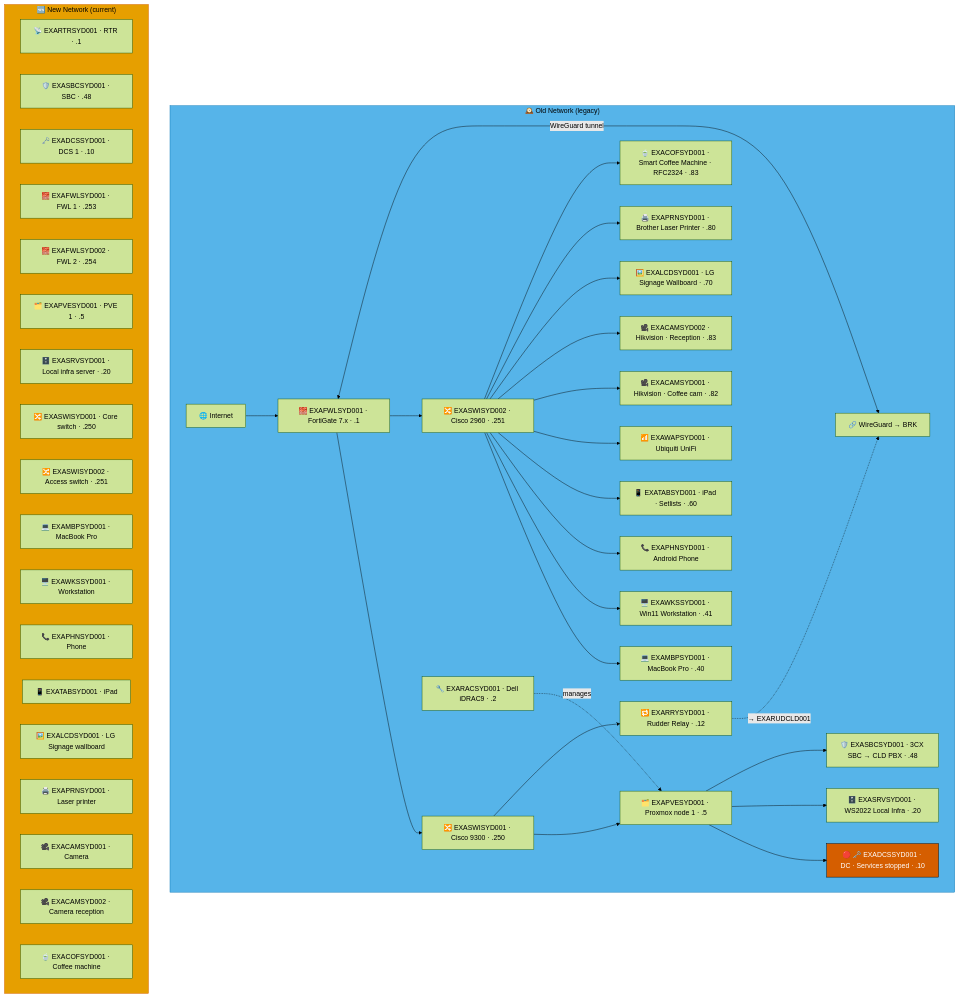
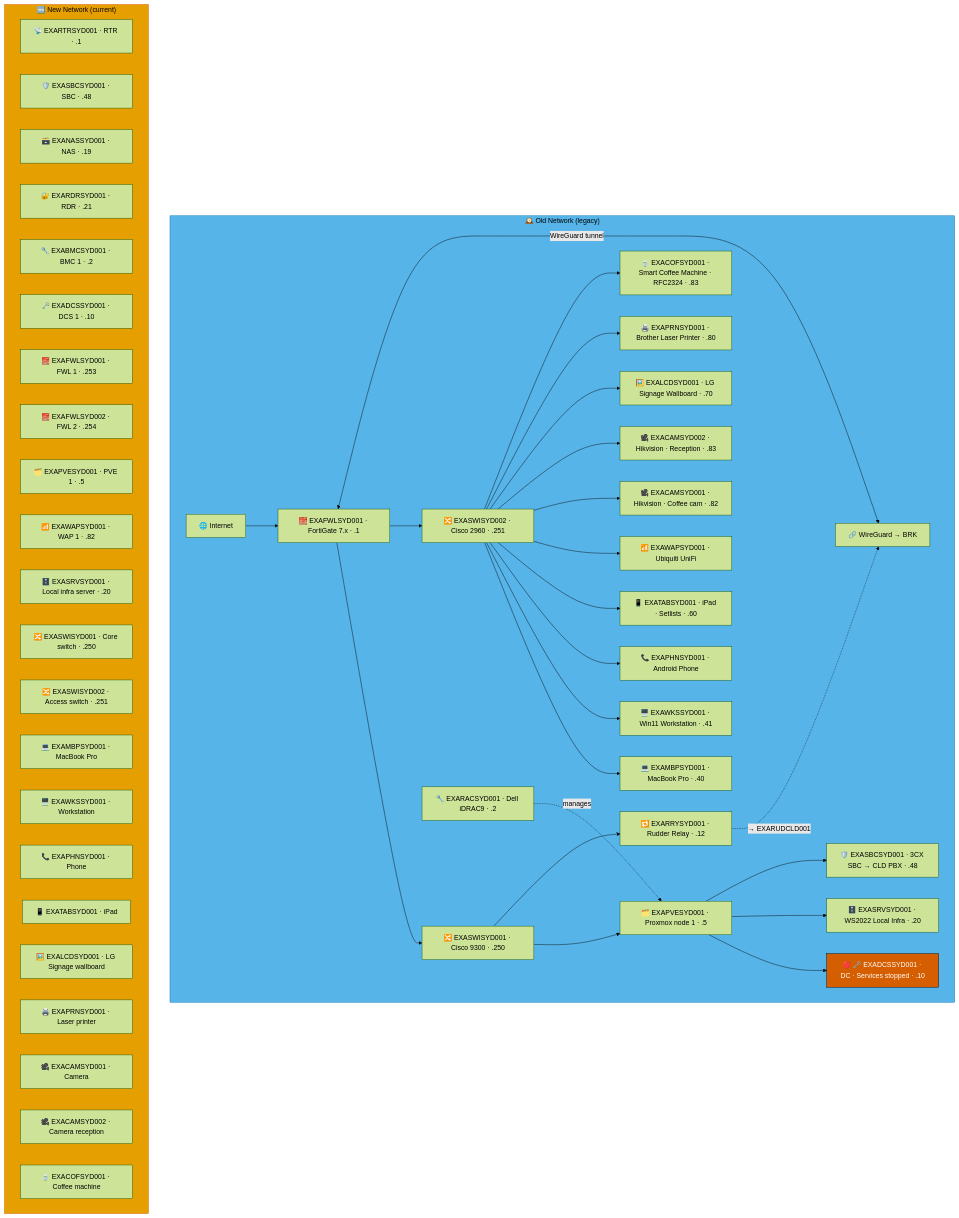
One commit to knightmare2600/example_music_infra changed the first of 2 diagrams in docs/network-diagram/australia.md. Above: the diagram before and after it, drawn with Mermaid (forest theme). The commit also changed other lines of this file and 15 other files, not shown here.

````diff
--- a/docs/network-diagram/australia.md
+++ b/docs/network-diagram/australia.md
@@ -17,62 +17,66 @@
 ```mermaid
 graph TD
     subgraph OLD_SYD ["🕰️ Old Network (legacy)"]
       INET["🌐 Internet"]
       FWL["🧱 EXAFWLSYD001 · FortiGate 7.x · .1"]
       SW1["🔀 EXASWISYD001 · Cisco 9300 · .250"]
       SW2["🔀 EXASWISYD002 · Cisco 2960 · .251"]
       RAC["🔧 EXARACSYD001 · Dell iDRAC9 · .2"]
       PVE["🗂️ EXAPVESYD001 · Proxmox node 1 · .5"]
       DC["🔴 🗝️ EXADCSSYD001 · DC · Services stopped · .10"]
       SRV["🗄️ EXASRVSYD001 · WS2022 Local Infra · .20"]
       SBC["🛡️ EXASBCSYD001 · 3CX SBC → CLD PBX · .48"]
       RRY["🔁 EXARRYSYD001 · Rudder Relay · .12"]
       MBP["💻 EXAMBPSYD001 · MacBook Pro · .40"]
       WKS["🖥️ EXAWKSSYD001 · Win11 Workstation · .41"]
       PHN["📞 EXAPHNSYD001 · Android Phone"]
       TAB["📱 EXATABSYD001 · iPad · Setlists · .60"]
       WAP["📶 EXAWAPSYD001 · Ubiquiti UniFi"]
       CAM1["🎥 EXACAMSYD001 · Hikvision · Coffee cam · .82"]
       CAM2["🎥 EXACAMSYD002 · Hikvision · Reception · .83"]
       LCD["🖼️ EXALCDSYD001 · LG Signage Wallboard · .70"]
       PRN["🖨️ EXAPRNSYD001 · Brother Laser Printer · .80"]
       COF["🍵 EXACOFSYD001 · Smart Coffee Machine · RFC2324 · .83"]
       VPN["🔗 WireGuard → BRK"]
 
       INET --> FWL --> SW1 & SW2
       SW1 --> PVE --> DC & SRV & SBC
       RAC -.->|"manages"| PVE
       SW2 --> MBP & WKS & PHN & TAB & WAP
       SW2 --> CAM1 & CAM2 & LCD & PRN & COF
       FWL <-->|"WireGuard tunnel"| VPN
 
       SW1 --> RRY
       RRY -. "→ EXARUDCLD001" .-> VPN
     end
     style OLD_SYD fill:#56B4E9,stroke:#0072B2,color:#000000
     %% GENERATED:NEW-NETWORK:SYD:START
     subgraph NEW_SYD ["🆕 New Network (current)"]
       N_RTR["📡 EXARTRSYD001 · RTR · .1"]
       N_SBC["🛡️ EXASBCSYD001 · SBC · .48"]
+      N_NAS["🗃️ EXANASSYD001 · NAS · .19"]
+      N_RDR["🔐 EXARDRSYD001 · RDR · .21"]
+      N_BMC["🔧 EXABMCSYD001 · BMC 1 · .2"]
       N_DCS["🗝️ EXADCSSYD001 · DCS 1 · .10"]
       N_FWL["🧱 EXAFWLSYD001 · FWL 1 · .253"]
       N_FWL2["🧱 EXAFWLSYD002 · FWL 2 · .254"]
       N_PVE["🗂️ EXAPVESYD001 · PVE 1 · .5"]
+      N_WAP["📶 EXAWAPSYD001 · WAP 1 · .82"]
       N_SRV["🗄️ EXASRVSYD001 · Local infra server · .20"]
       N_SWI["🔀 EXASWISYD001 · Core switch · .250"]
       N_SWI2["🔀 EXASWISYD002 · Access switch · .251"]
       N_MBP["💻 EXAMBPSYD001 · MacBook Pro"]
       N_WKS["🖥️ EXAWKSSYD001 · Workstation"]
       N_PHN["📞 EXAPHNSYD001 · Phone"]
       N_TAB["📱 EXATABSYD001 · iPad"]
       N_LCD["🖼️ EXALCDSYD001 · LG Signage wallboard"]
       N_PRN["🖨️ EXAPRNSYD001 · Laser printer"]
       N_CAM["🎥 EXACAMSYD001 · Camera"]
       N_CAM2["🎥 EXACAMSYD002 · Camera reception"]
       N_COF["🍵 EXACOFSYD001 · Coffee machine"]
     end
     style NEW_SYD fill:#E69F00,stroke:#D55E00,color:#000000
     %% GENERATED:NEW-NETWORK:SYD:END
     classDef warn fill:#D55E00,stroke:#000000,color:#ffffff
     class DC warn
 ```
````
